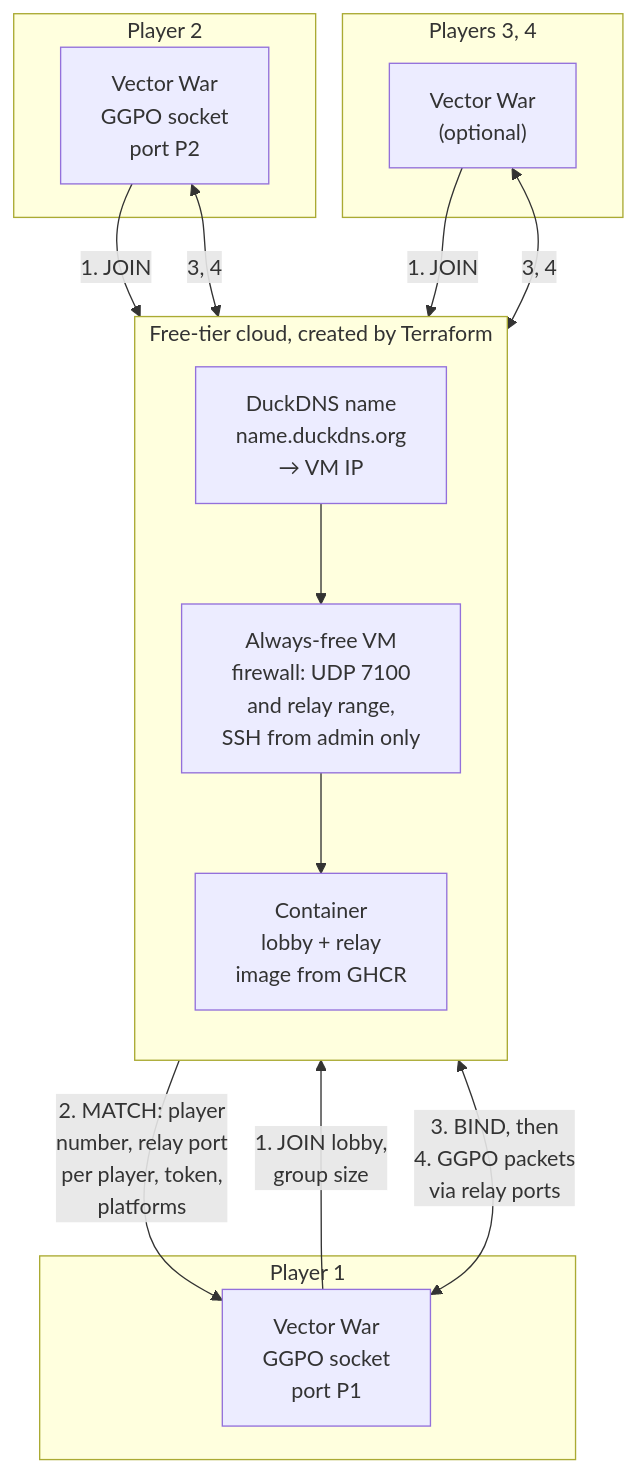
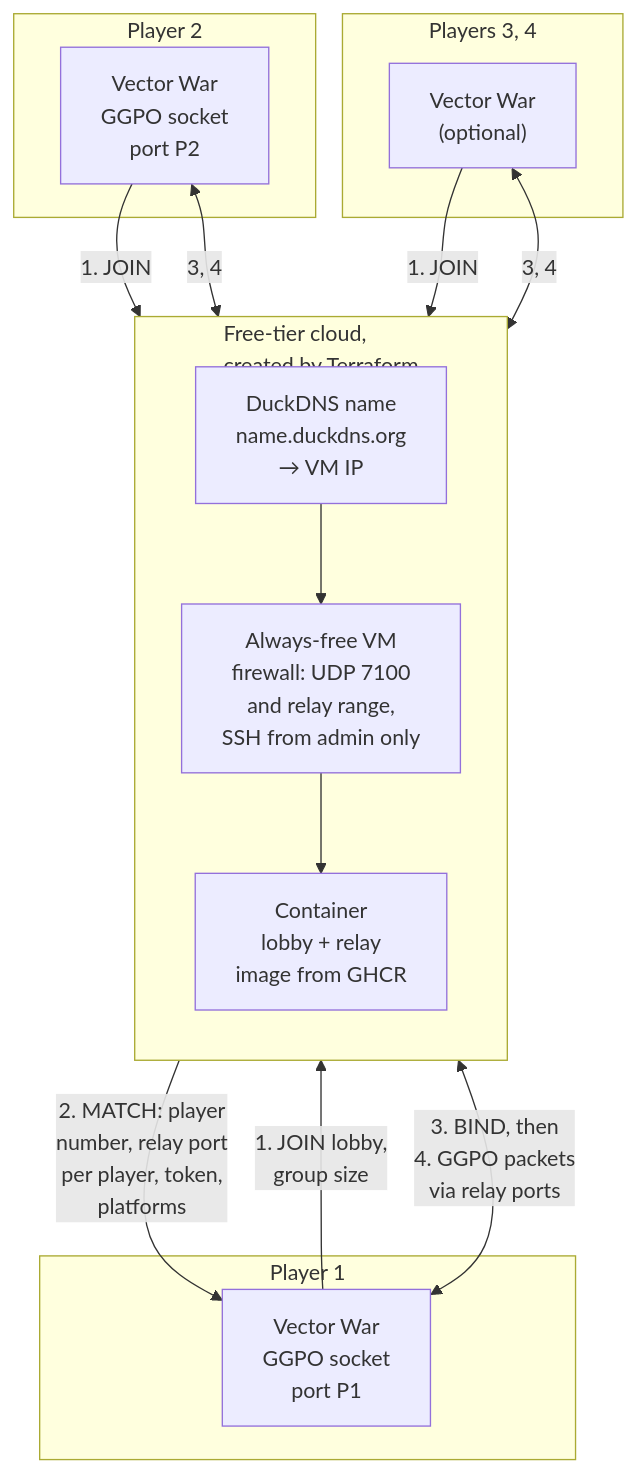
The first of 4 diagrams in doc/planning/2026-11-11-internet_play/TECH_PLAN.md (irregularthanis/ggpo-next), drawn with Mermaid before and after one commit. The commit also changed 6 other files, not shown here.

Commit message:
docs: wrap long Mermaid labels

````diff
--- a/doc/planning/2026-11-11-internet_play/TECH_PLAN.md
+++ b/doc/planning/2026-11-11-internet_play/TECH_PLAN.md
@@ -57,30 +57,30 @@
 ```mermaid
 flowchart TB
-    subgraph CLOUD["Free-tier cloud, created by Terraform"]
+    subgraph CLOUD["Free-tier cloud,<br/>created by Terraform"]
         direction TB
         DNS["DuckDNS name<br/>name.duckdns.org<br/>→ VM IP"]
         VM["Always-free VM<br/>firewall: UDP 7100<br/>and relay range,<br/>SSH from admin only"]
         CTR["Container<br/>lobby + relay<br/>image from GHCR"]
         DNS --> VM --> CTR
     end
 
     subgraph P1["Player 1"]
         VW1["Vector War<br/>GGPO socket<br/>port P1"]
     end
 
     subgraph P2["Player 2"]
         VW2["Vector War<br/>GGPO socket<br/>port P2"]
     end
 
     subgraph PN["Players 3, 4"]
         VWN["Vector War<br/>(optional)"]
     end
 
     VW1 -->|"1. JOIN lobby,<br/>group size"| CTR
     VW2 -->|"1. JOIN"| CTR
     VWN -->|"1. JOIN"| CTR
     CTR -->|"2. MATCH: player<br/>number, relay port<br/>per player, token,<br/>platforms"| VW1
     VW1 <-->|"3. BIND, then<br/>4. GGPO packets<br/>via relay ports"| CTR
     VW2 <-->|"3, 4"| CTR
     VWN <-->|"3, 4"| CTR
 ```
````
